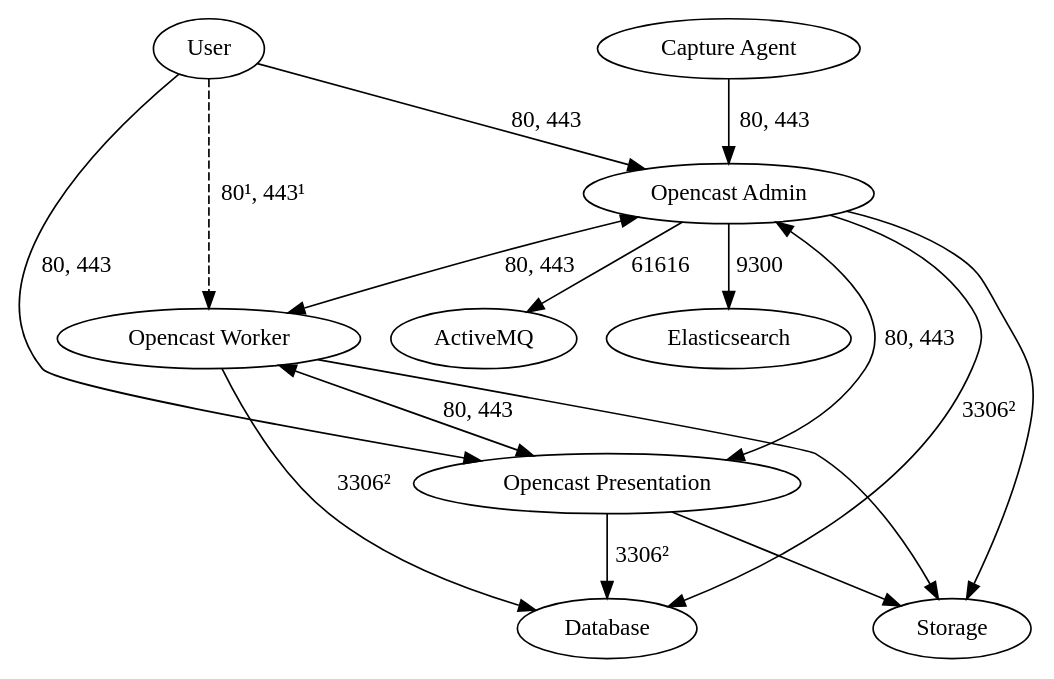
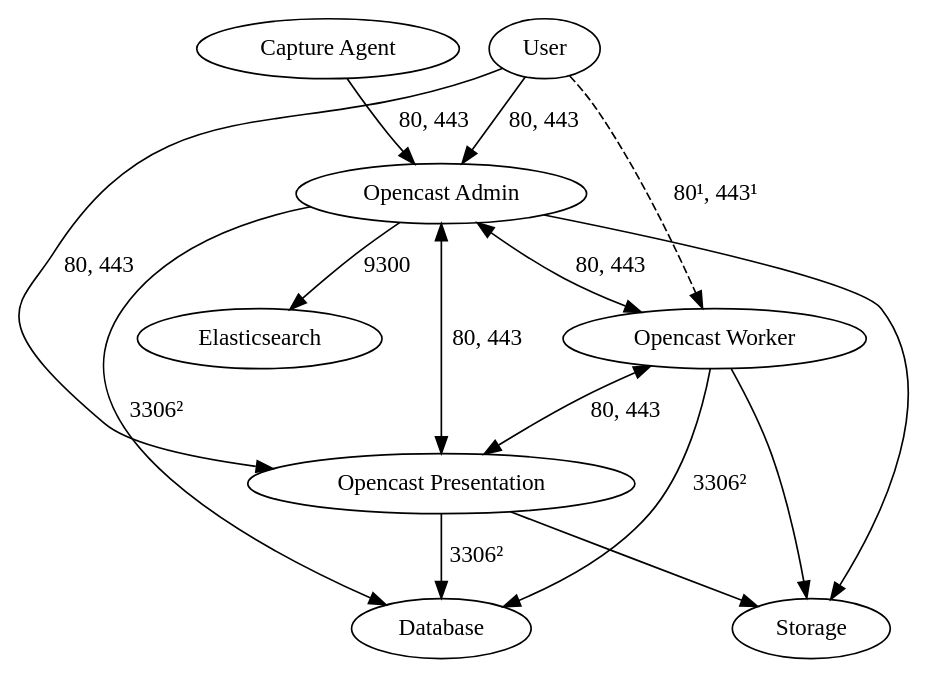
One commit to opencast/opencast changed the diagram in docs/guides/admin/docs/configuration/firewall.md. Above: the diagram before and after it, drawn with Graphviz. The commit also changed 19 other files, not shown here.

````diff
--- a/docs/guides/admin/docs/configuration/firewall.md
+++ b/docs/guides/admin/docs/configuration/firewall.md
@@ -22,29 +22,27 @@
 ```graphviz dot network.png
 digraph G {
   user[label = "User"];
-  activemq[label = "ActiveMQ"];
   oc1[label = "Opencast Admin"];
   oc2[label = "Opencast Worker"];
   oc3[label = "Opencast Presentation"];
   db[label = "Database"];
   es[label = "Elasticsearch"];
   storage[label = "Storage"];
   ca[label = "Capture Agent"];
 
   user -> oc1 [label = "80, 443"];
   user -> oc2 [style = "dashed", label = "80¹, 443¹"];
   user -> oc3 [label = "80, 443"];
   oc1 -> oc2 [dir = "both", label = "80, 443"];
   oc2 -> oc3 [dir = "both", label = "80, 443"];
   oc3 -> oc1 [dir = "both", label = "80, 443"];
   oc1 -> db [label = "3306²"];
   oc2 -> db [label = "3306²"];
   oc3 -> db [label = "3306²"];
-  oc1 -> activemq [label = "61616"];
   oc1 -> es[label = "9300"];
   oc1 -> storage;
   oc2 -> storage;
   oc3 -> storage;
   ca -> oc1[label = "80, 443"];
 }
 ```
````
